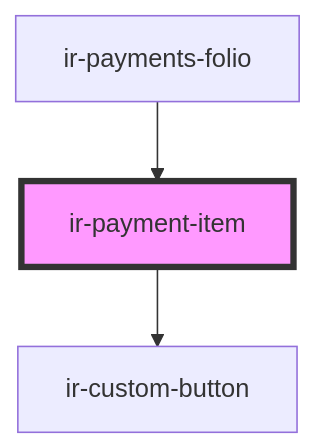
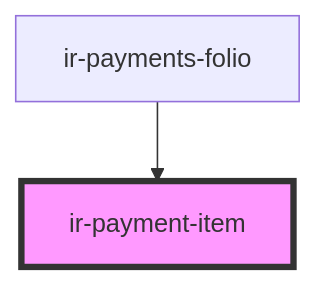
The diagram in src/components/ir-booking-details/ir-payment-details/ir-payment-item/readme.md (RonyRizk/ir-webcmp), drawn with Mermaid before and after one commit. The commit also changed other lines of this file and 586 other files, not shown here.

````diff
--- a/src/components/ir-booking-details/ir-payment-details/ir-payment-item/readme.md
+++ b/src/components/ir-booking-details/ir-payment-details/ir-payment-item/readme.md
@@ -43,6 +39,5 @@
 ```mermaid
 graph TD;
-  ir-payment-item --> ir-custom-button
   ir-payments-folio --> ir-payment-item
   style ir-payment-item fill:#f9f,stroke:#333,stroke-width:4px
 ```
````
